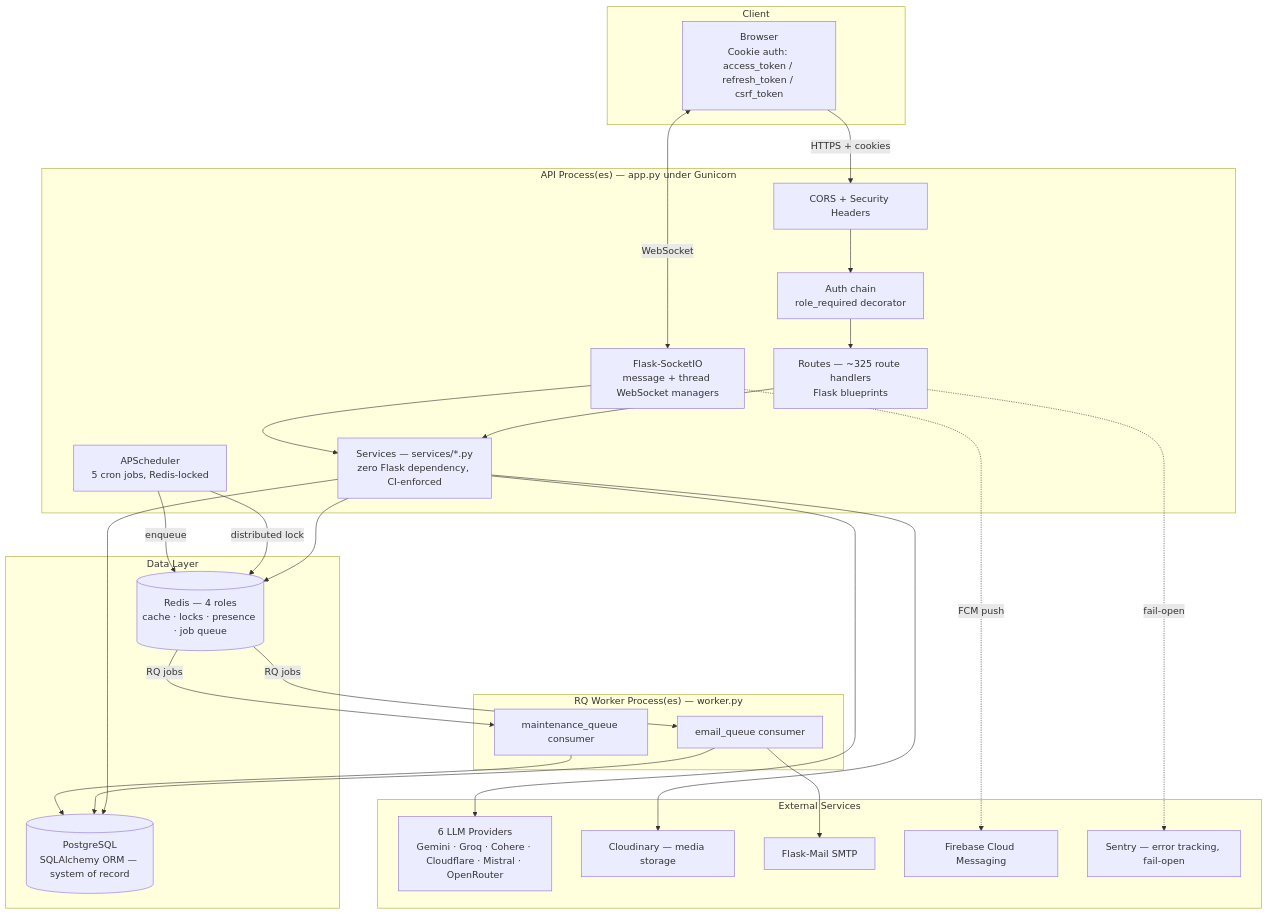
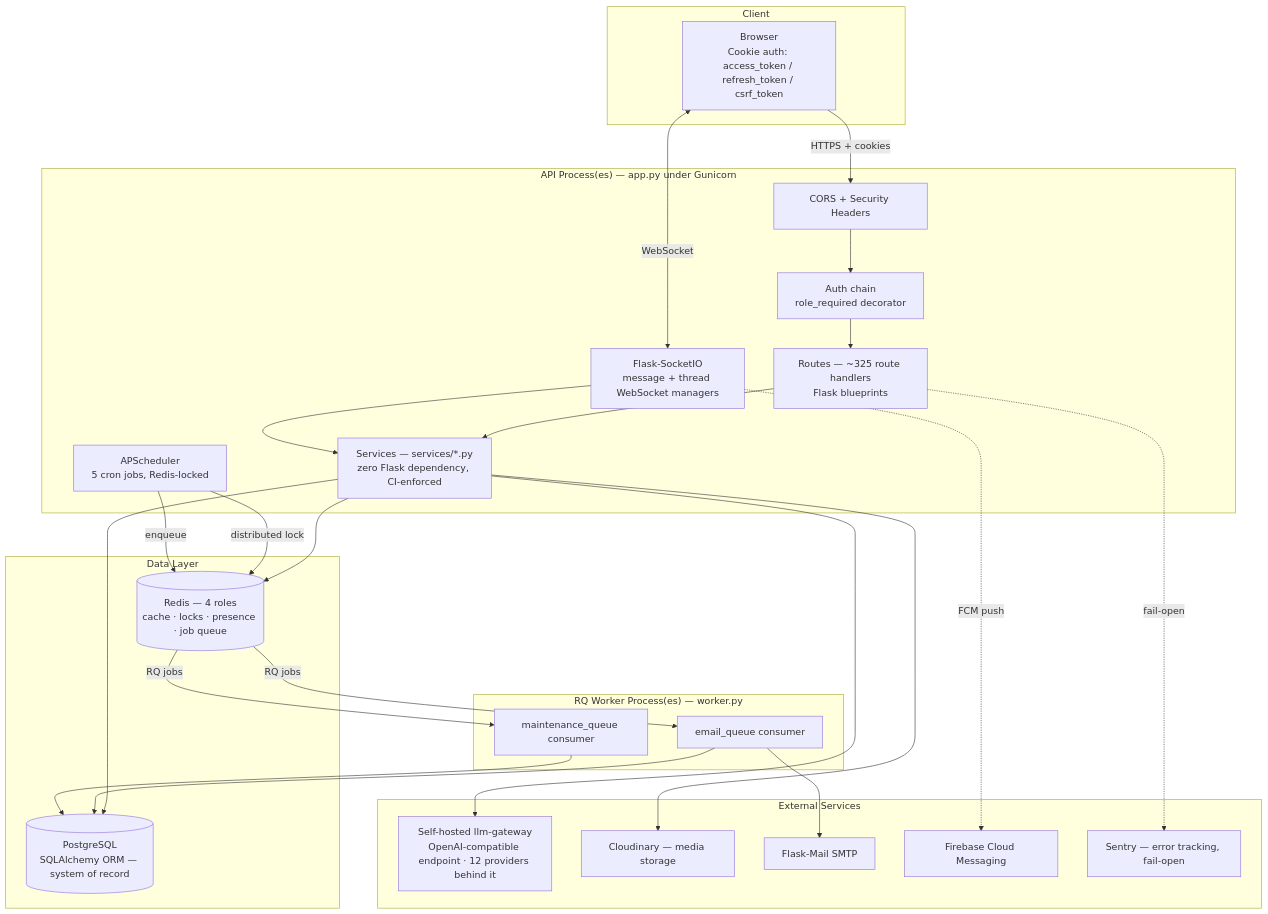
Before and after one commit to Devpaul-01/StudyHub: the first of 14 diagrams in ARCHITECTURE.md, drawn with Mermaid. The commit also changed other lines of this file and 1 other file, not shown here.

````diff
--- a/ARCHITECTURE.md
+++ b/ARCHITECTURE.md
@@ -23,51 +23,51 @@
 ```mermaid
 flowchart TB
     subgraph Client["Client"]
         BROWSER[Browser<br/>Cookie auth: access_token / refresh_token / csrf_token]
     end
 
     subgraph API["API Process(es) — app.py under Gunicorn"]
         CORS[CORS + Security Headers]
         AUTH[Auth chain<br/>role_required decorator]
         ROUTES[Routes — ~325 route handlers<br/>Flask blueprints]
         SERVICES[Services — services/*.py<br/>zero Flask dependency, CI-enforced]
         WS[Flask-SocketIO<br/>message + thread WebSocket managers]
         SCHED[APScheduler<br/>5 cron jobs, Redis-locked]
     end
 
     subgraph Workers["RQ Worker Process(es) — worker.py"]
         W1[email_queue consumer]
         W2[maintenance_queue consumer]
     end
 
     subgraph Data["Data Layer"]
         PG[(PostgreSQL<br/>SQLAlchemy ORM — system of record)]
         REDIS[(Redis — 4 roles<br/>cache · locks · presence · job queue)]
     end
 
     subgraph External["External Services"]
-        AI[6 LLM Providers<br/>Gemini · Groq · Cohere · Cloudflare · Mistral · OpenRouter]
+        AI[Self-hosted llm-gateway<br/>OpenAI-compatible endpoint · 12 providers behind it]
         CLOUDINARY[Cloudinary — media storage]
         MAIL[Flask-Mail SMTP]
         FCM[Firebase Cloud Messaging]
         SENTRY[Sentry — error tracking, fail-open]
     end
 
     BROWSER -->|HTTPS + cookies| CORS --> AUTH --> ROUTES
     BROWSER <-->|WebSocket| WS
     ROUTES --> SERVICES
     SERVICES --> PG
     SERVICES --> REDIS
     SERVICES --> AI
     SERVICES --> CLOUDINARY
     WS --> SERVICES
     SCHED -->|distributed lock| REDIS
     SCHED -->|enqueue| REDIS
     REDIS -->|RQ jobs| W1
     REDIS -->|RQ jobs| W2
     W1 --> MAIL
     W1 --> PG
     W2 --> PG
     ROUTES -.->|fail-open| SENTRY
     WS -.->|FCM push| FCM
 ```
````
